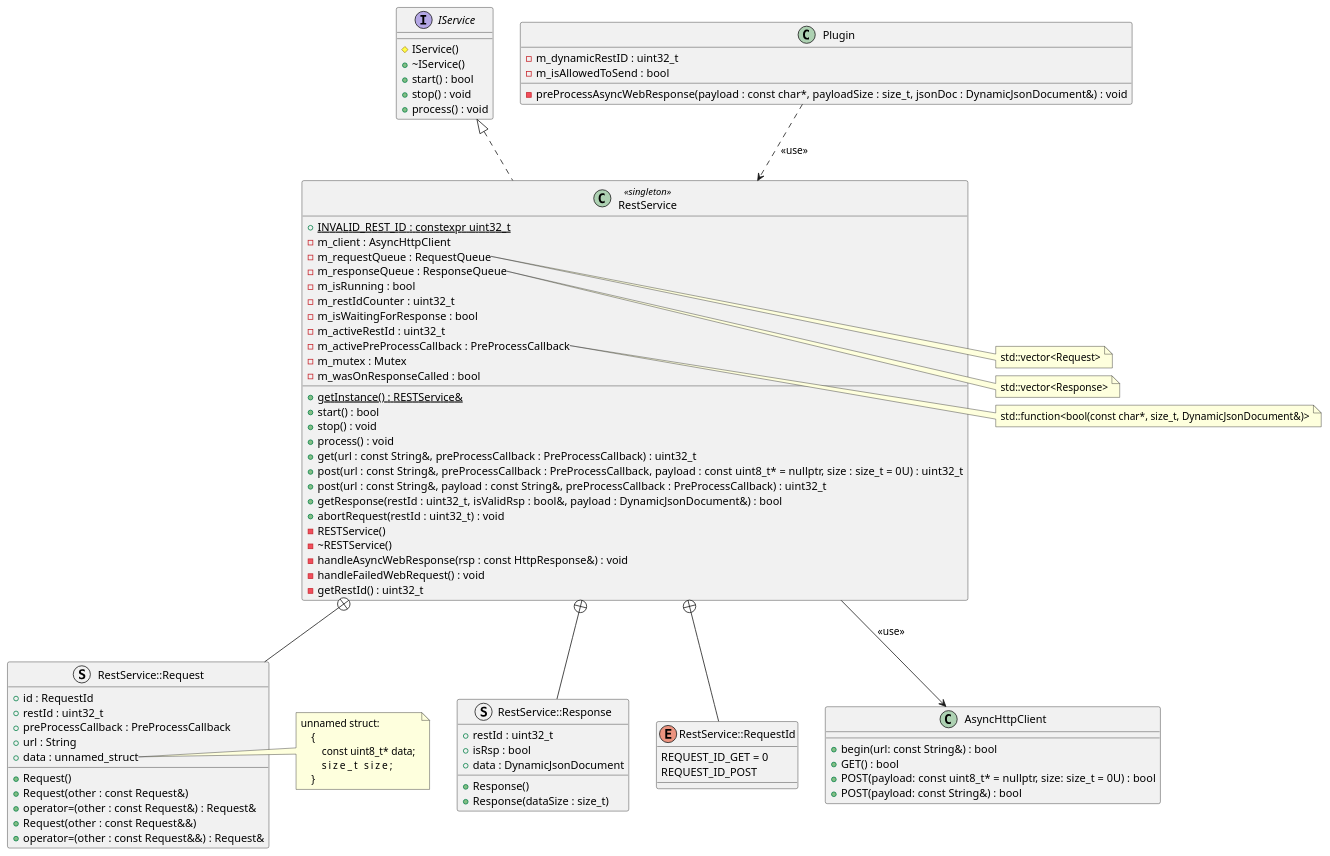
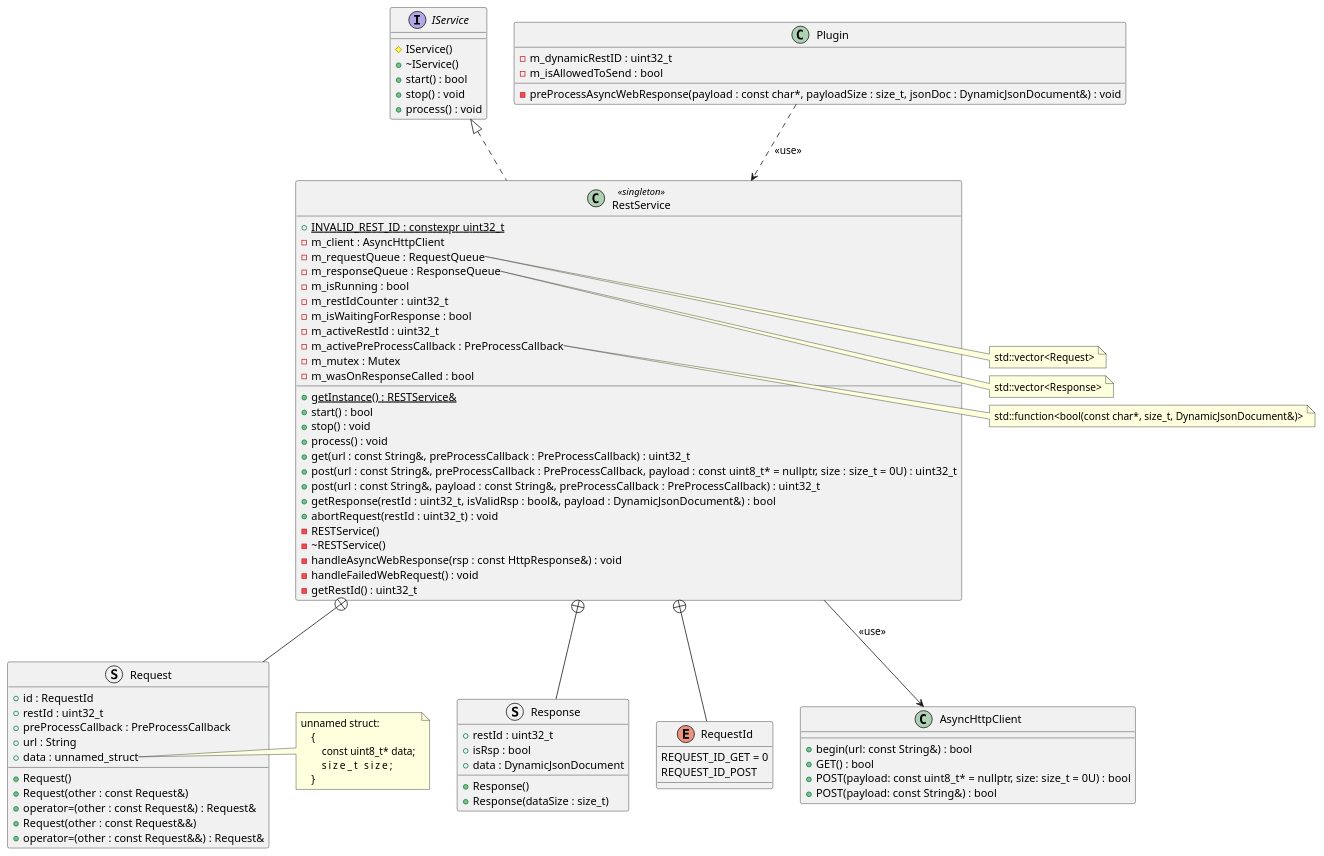
Before and after one commit to manmuqingshan/Pixelix: the diagram in doc/architecture/uml/rest_service.wsd, drawn with PlantUML.

Commit message:
adjusted struct names

```diff
--- a/doc/architecture/uml/rest_service.wsd
+++ b/doc/architecture/uml/rest_service.wsd
@@ -1,112 +1,110 @@
 @startuml RestService
-
-struct "RestService::Request" as Request
 
 interface IService{
     # IService()
     + ~IService()
     + start() : bool
     + stop() : void
     + process() : void
 }
 
 class RestService <<singleton>> {
     + {static} INVALID_REST_ID : constexpr uint32_t
     - m_client : AsyncHttpClient
     - m_requestQueue : RequestQueue
     - m_responseQueue : ResponseQueue
     - m_isRunning : bool
     - m_restIdCounter : uint32_t
     - m_isWaitingForResponse : bool
     - m_activeRestId : uint32_t
     - m_activePreProcessCallback : PreProcessCallback
     - m_mutex : Mutex
     - m_wasOnResponseCalled : bool
     + {static} getInstance() : RESTService&
     + start() : bool
     + stop() : void
     + process() : void
     + get(url : const String&, preProcessCallback : PreProcessCallback) : uint32_t
     + post(url : const String&, preProcessCallback : PreProcessCallback, payload : const uint8_t* = nullptr, size : size_t = 0U) : uint32_t
     + post(url : const String&, payload : const String&, preProcessCallback : PreProcessCallback) : uint32_t
     + getResponse(restId : uint32_t, isValidRsp : bool&, payload : DynamicJsonDocument&) : bool
     + abortRequest(restId : uint32_t) : void
     - RESTService()
     - ~RESTService()
     - handleAsyncWebResponse(rsp : const HttpResponse&) : void
     - handleFailedWebRequest() : void
     - getRestId() : uint32_t
 }
 
 note right of RestService::m_requestQueue
     std::vector<Request>
 end note
 
 note right of RestService::m_responseQueue
     std::vector<Response>
 end note
 
 note right of RestService::m_activePreProcessCallback
     std::function<bool(const char*, size_t, DynamicJsonDocument&)>
 end note 
 
-struct RestService::Response{
+struct Response{
     + restId : uint32_t
     + isRsp : bool
     + data : DynamicJsonDocument
     + Response()
     + Response(dataSize : size_t)
 }
 
-enum RestService::RequestId{
+enum RequestId{
     REQUEST_ID_GET = 0
     REQUEST_ID_POST
 }
 
 struct Request{
     + id : RequestId
     + restId : uint32_t
     + preProcessCallback : PreProcessCallback
     + url : String
     + data : unnamed_struct
     + Request()
     + Request(other : const Request&)
     + operator=(other : const Request&) : Request&
     + Request(other : const Request&&)
     + operator=(other : const Request&&) : Request&
 }
 
 note right of Request::data
     unnamed struct:
         {
             const uint8_t* data; 
             size_t         size; 
         }
 end note 
 
 class Plugin{
     - m_dynamicRestID : uint32_t
     - m_isAllowedToSend : bool
     - preProcessAsyncWebResponse(payload : const char*, payloadSize : size_t, jsonDoc : DynamicJsonDocument&) : void
 }
 
 class AsyncHttpClient{
     + begin(url: const String&) : bool
     + GET() : bool
     + POST(payload: const uint8_t* = nullptr, size: size_t = 0U) : bool
     + POST(payload: const String&) : bool
 }
 
 Plugin ..> RestService : <<use>>
 
 RestService --> AsyncHttpClient: <<use>>
 
-RestService +-- RestService::Response
+RestService +-- Response
 
 RestService +-- Request
 
-RestService +-- RestService::RequestId
+RestService +-- RequestId
 
 IService <|.. RestService
 
 @enduml
```
